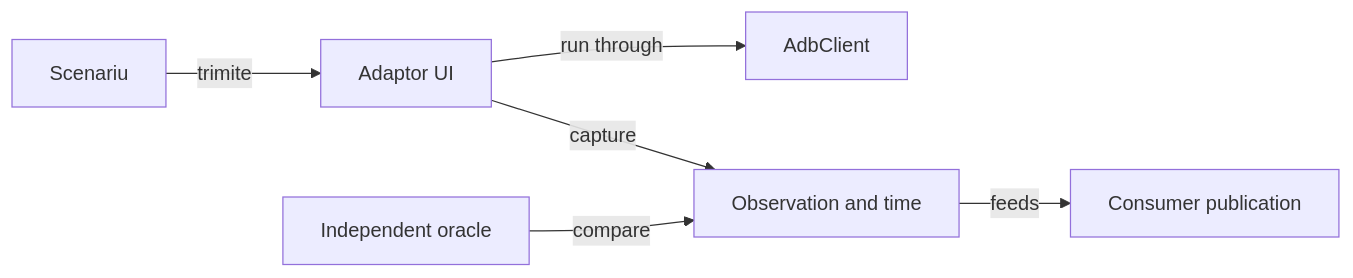
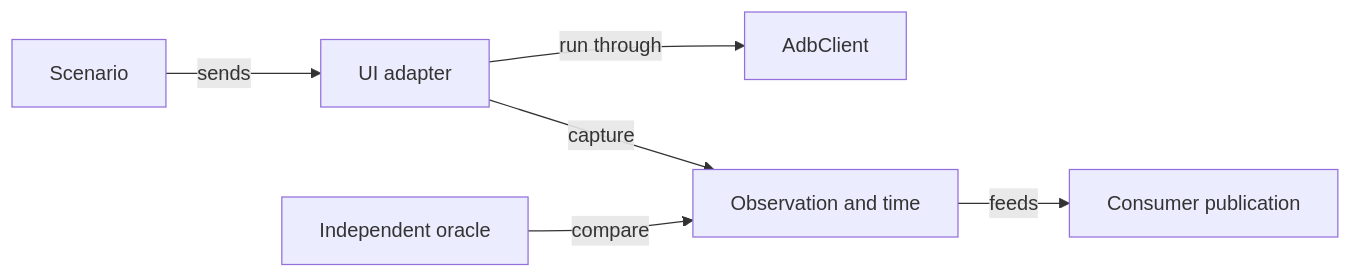
Before and after one commit to crististefanita/atf_j4: the diagram in atf-test-android/README.md, drawn with Mermaid. The commit also changed other lines of this file and 126 other files, not shown here.

````diff
--- a/atf-test-android/README.md
+++ b/atf-test-android/README.md
@@ -11,8 +11,8 @@
 ```mermaid
 flowchart LR
-    SCENARIO[Scenariu] -->|trimite| DRIVER[Adaptor UI]
+    SCENARIO[Scenario] -->|sends| DRIVER[UI adapter]
     DRIVER -->|run through| ADB[AdbClient]
     DRIVER -->|capture| TRACE[Observation and time]
     ORACLE[Independent oracle] -->|compare| TRACE
     TRACE -->|feeds| PUBLISH[Consumer publication]
 ```
````
